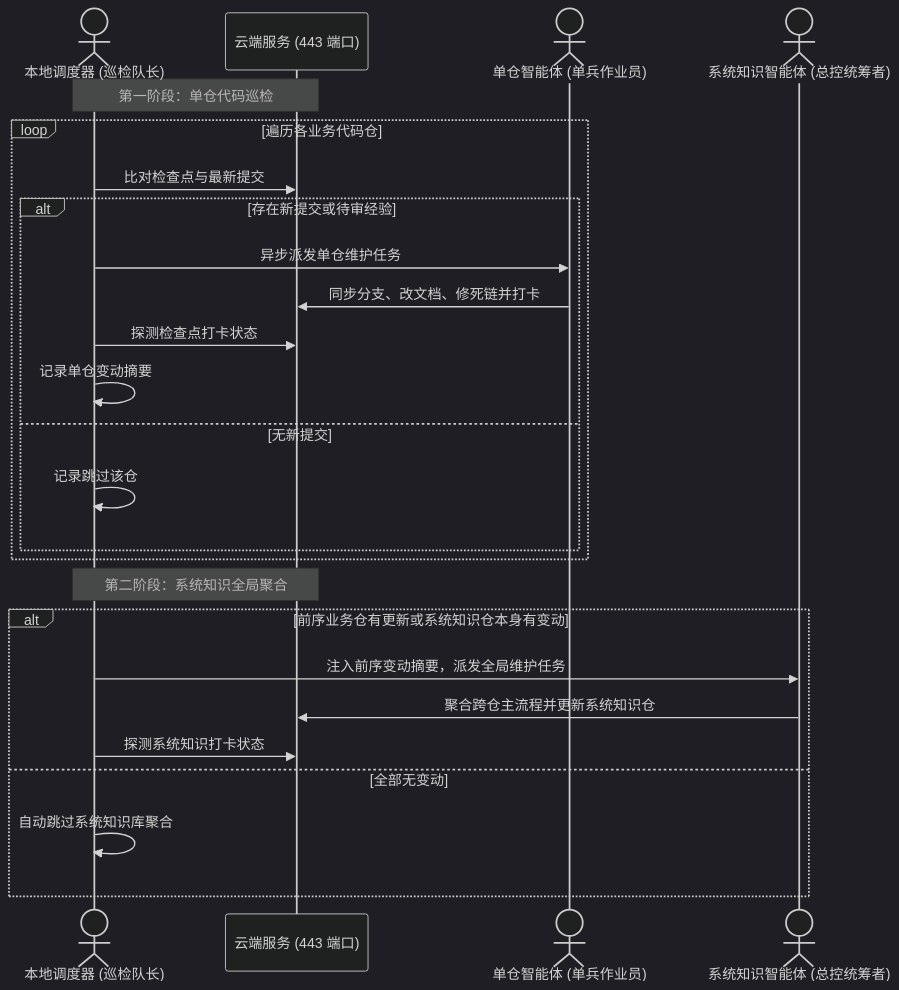
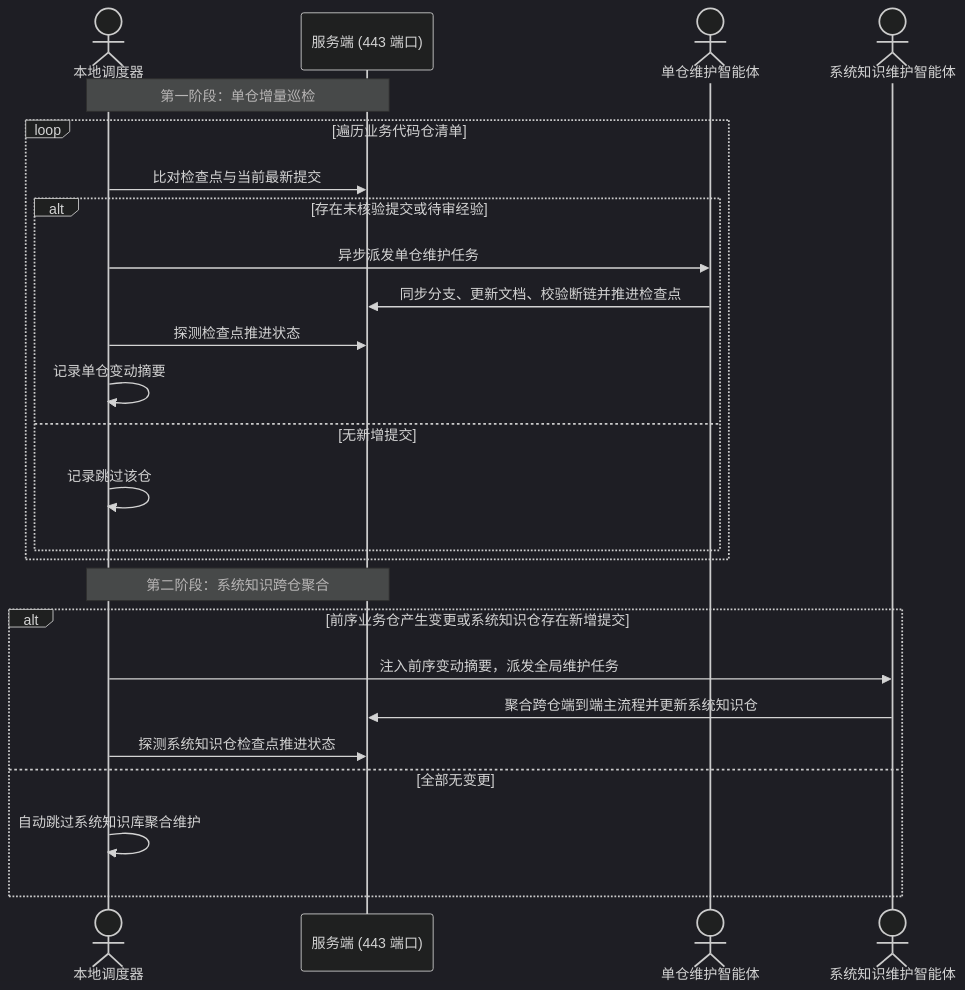
The third of 3 diagrams in docs/architecture.md (fjay/knowledge-dock), drawn with Mermaid (dark theme) before and after one commit. The commit also changed other lines of this file and 4 other files, not shown here.

````diff
--- a/docs/architecture.md
+++ b/docs/architecture.md
@@ -89,29 +89,29 @@
 ```mermaid
 sequenceDiagram
-    actor Runner as 本地调度器 (巡检队长)
-    participant Cloud as 云端服务 (443 端口)
-    actor Worker as 单仓智能体 (单兵作业员)
-    actor SystemWorker as 系统知识智能体 (总控统筹者)
+    actor Runner as 本地调度器
+    participant Cloud as 服务端 (443 端口)
+    actor Worker as 单仓维护智能体
+    actor SystemWorker as 系统知识维护智能体
 
-    Note over Runner,Cloud: 第一阶段：单仓代码巡检
-    loop 遍历各业务代码仓
-        Runner->>Cloud: 比对检查点与最新提交
-        alt 存在新提交或待审经验
+    Note over Runner,Cloud: 第一阶段：单仓增量巡检
+    loop 遍历业务代码仓清单
+        Runner->>Cloud: 比对检查点与当前最新提交
+        alt 存在未核验提交或待审经验
             Runner->>Worker: 异步派发单仓维护任务
-            Worker->>Cloud: 同步分支、改文档、修死链并打卡
-            Runner->>Cloud: 探测检查点打卡状态
+            Worker->>Cloud: 同步分支、更新文档、校验断链并推进检查点
+            Runner->>Cloud: 探测检查点推进状态
             Runner->>Runner: 记录单仓变动摘要
-        else 无新提交
+        else 无新增提交
             Runner->>Runner: 记录跳过该仓
         end
     end
 
-    Note over Runner,Cloud: 第二阶段：系统知识全局聚合
-    alt 前序业务仓有更新或系统知识仓本身有变动
+    Note over Runner,Cloud: 第二阶段：系统知识跨仓聚合
+    alt 前序业务仓产生变更或系统知识仓存在新增提交
         Runner->>SystemWorker: 注入前序变动摘要，派发全局维护任务
-        SystemWorker->>Cloud: 聚合跨仓主流程并更新系统知识仓
-        Runner->>Cloud: 探测系统知识打卡状态
-    else 全部无变动
-        Runner->>Runner: 自动跳过系统知识库聚合
+        SystemWorker->>Cloud: 聚合跨仓端到端主流程并更新系统知识仓
+        Runner->>Cloud: 探测系统知识仓检查点推进状态
+    else 全部无变更
+        Runner->>Runner: 自动跳过系统知识库聚合维护
     end
 ```
````
